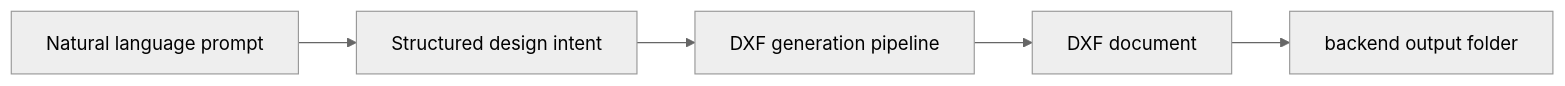
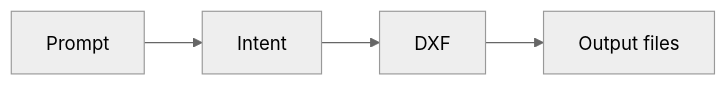
Before and after one commit to Youssefx64/CadArena: the ninth of 9 diagrams in docs/flow.md, drawn with Mermaid (neutral theme). The commit also changed other lines of this file and 7 other files, not shown here.

````diff
--- a/docs/flow.md
+++ b/docs/flow.md
@@ -334,13 +105,6 @@
 ```mermaid
 flowchart LR
-    NL[Natural language prompt]
-    DS[Structured design intent]
-    DXF[DXF generation pipeline]
-    DOC[DXF document]
-    OUT[backend output folder]
-
-    NL --> DS
-    DS --> DXF
-    DXF --> DOC
-    DOC --> OUT
+    A[Prompt] --> B[Intent]
+    B --> C[DXF]
+    C --> D[Output files]
 ```
````
